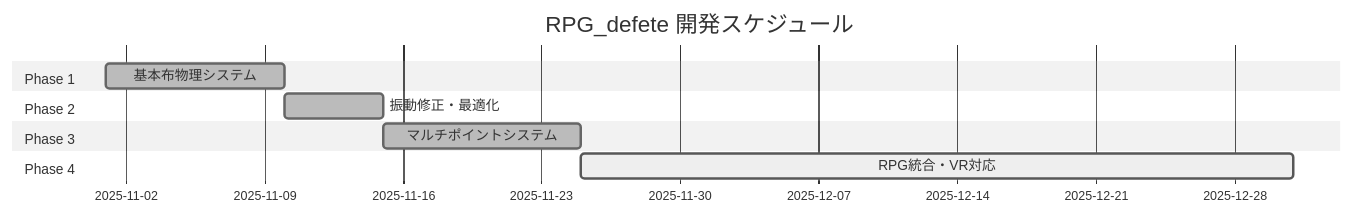
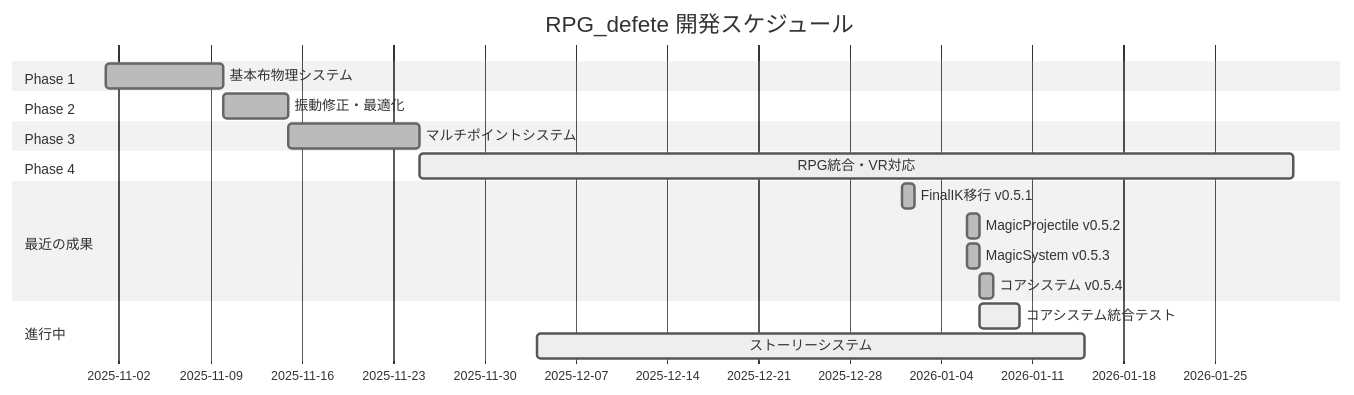
One commit to TakaI2/RPG_defeat_cape changed the diagram in .claude/PROJECT_STATUS.md. Above: the diagram before and after it, drawn with Mermaid (neutral theme). The commit also changed other lines of this file and 1175 other files, not shown here.

````diff
--- a/.claude/PROJECT_STATUS.md
+++ b/.claude/PROJECT_STATUS.md
@@ -34,13 +34,21 @@
 ```mermaid
 gantt
     title RPG_defete 開発スケジュール
     dateFormat YYYY-MM-DD
     section Phase 1
     基本布物理システム      :done, phase1, 2025-11-01, 2025-11-10
     section Phase 2
     振動修正・最適化        :done, phase2, 2025-11-10, 2025-11-15
     section Phase 3
     マルチポイントシステム   :done, phase3, 2025-11-15, 2025-11-25
     section Phase 4
-    RPG統合・VR対応        :active, phase4, 2025-11-25, 2025-12-31
+    RPG統合・VR対応        :active, phase4, 2025-11-25, 2026-01-31
+    section 最近の成果
+    FinalIK移行 v0.5.1      :done, 2026-01-01, 1d
+    MagicProjectile v0.5.2  :done, 2026-01-06, 1d
+    MagicSystem v0.5.3      :done, 2026-01-06, 1d
+    コアシステム v0.5.4     :done, 2026-01-07, 1d
+    section 進行中
+    コアシステム統合テスト   :active, task9, 2026-01-07, 2026-01-10
+    ストーリーシステム       :active, task6, 2025-12-04, 2026-01-15
 ```
````
